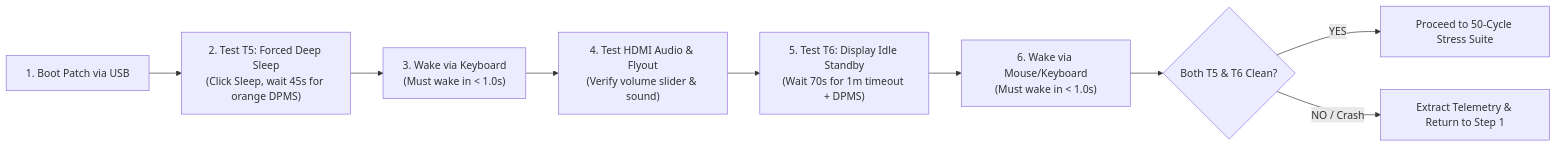
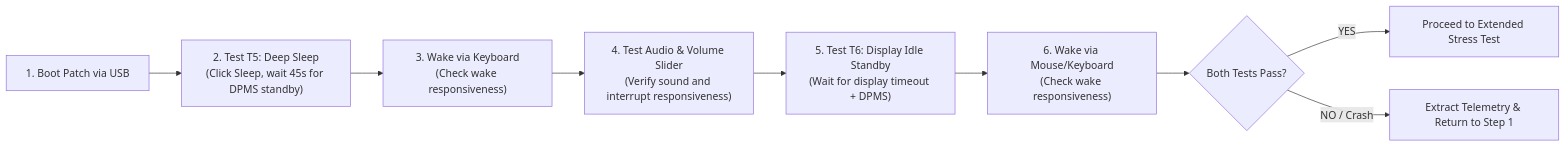
One commit to datacompboy/xmg_deep_sleep changed the diagram in skill/standby-empirical-collector/SKILL.md. Above: the diagram before and after it, drawn with Mermaid. The commit also changed other lines of this file and 8 other files, not shown here.

````diff
--- a/skill/standby-empirical-collector/SKILL.md
+++ b/skill/standby-empirical-collector/SKILL.md
@@ -32,12 +32,12 @@
 ```mermaid
 flowchart LR
     Deploy["1. Boot Patch via USB"]
-    --> T5["2. Test T5: Forced Deep Sleep<br/>(Click Sleep, wait 45s for orange DPMS)"]
-    --> Wake1["3. Wake via Keyboard<br/>(Must wake in < 1.0s)"]
-    --> Audio["4. Test HDMI Audio & Flyout<br/>(Verify volume slider & sound)"]
-    --> T6["5. Test T6: Display Idle Standby<br/>(Wait 70s for 1m timeout + DPMS)"]
-    --> Wake2["6. Wake via Mouse/Keyboard<br/>(Must wake in < 1.0s)"]
-    --> SignOff{"Both T5 & T6 Clean?"}
-    SignOff -->|YES| Stress["Proceed to 50-Cycle Stress Suite"]
+    --> T5["2. Test T5: Deep Sleep<br/>(Click Sleep, wait 45s for DPMS standby)"]
+    --> Wake1["3. Wake via Keyboard<br/>(Check wake responsiveness)"]
+    --> Audio["4. Test Audio & Volume Slider<br/>(Verify sound and interrupt responsiveness)"]
+    --> T6["5. Test T6: Display Idle Standby<br/>(Wait for display timeout + DPMS)"]
+    --> Wake2["6. Wake via Mouse/Keyboard<br/>(Check wake responsiveness)"]
+    --> SignOff{"Both Tests Pass?"}
+    SignOff -->|YES| Stress["Proceed to Extended Stress Test"]
     SignOff -->|NO / Crash| Triage["Extract Telemetry & Return to Step 1"]
 ```
````
